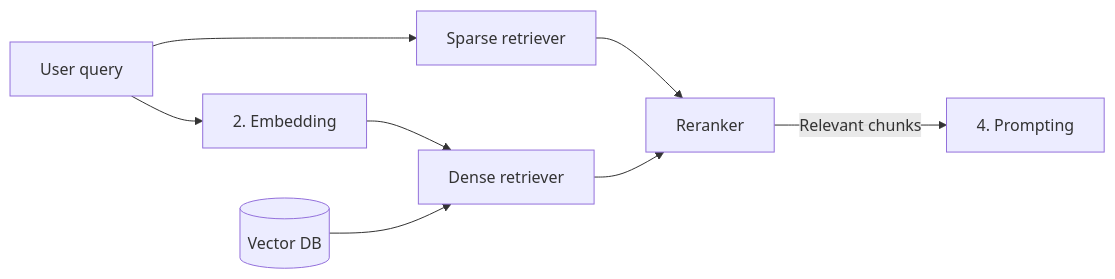
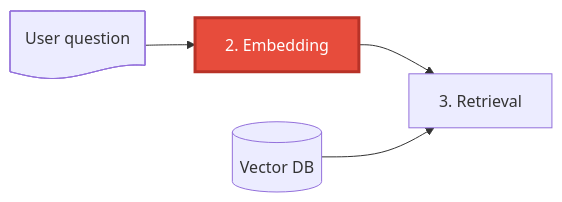
One commit to w4bo/AA2627-unibo-dcai changed the seventh of 20 diagrams in slides/02-rag.qmd. Above: the diagram before and after it, drawn with Mermaid. The commit also changed other lines of this file and 2 other files, not shown here.

````diff
--- a/slides/02-rag.qmd
+++ b/slides/02-rag.qmd
@@ -449,11 +409,10 @@
 ```{mermaid}
 %%| echo: false
 flowchart LR
-  Q[User query] --> S[Sparse retriever]
-  Q --> E[2. Embedding]
-  E --> D[Dense retriever]
-  S --> R[Reranker]
-  D --> R
-  R -->|Relevant chunks| P[4. Prompting]
-  I[(Vector DB)] --> D
+  Q@{ shape: doc, label: "User question" } --> E[2. Embedding]
+  E --> R[3. Retrieval]
+  I[(Vector DB)] --> R
+
+  classDef focus fill:#e74c3c,color:#fff,stroke:#b83227,stroke-width:3px
+  class E focus
 ```
````
